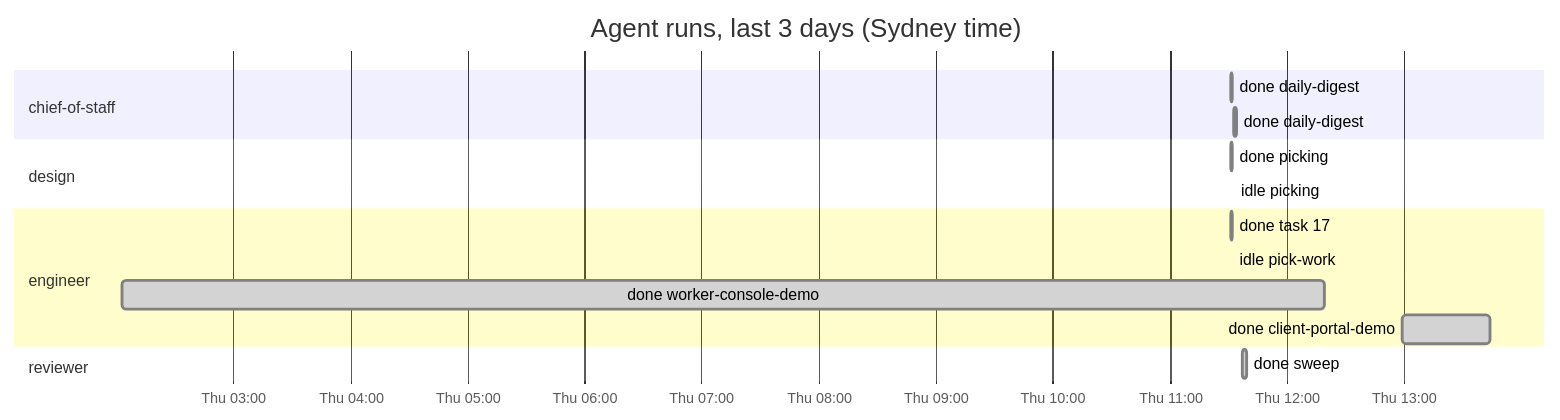
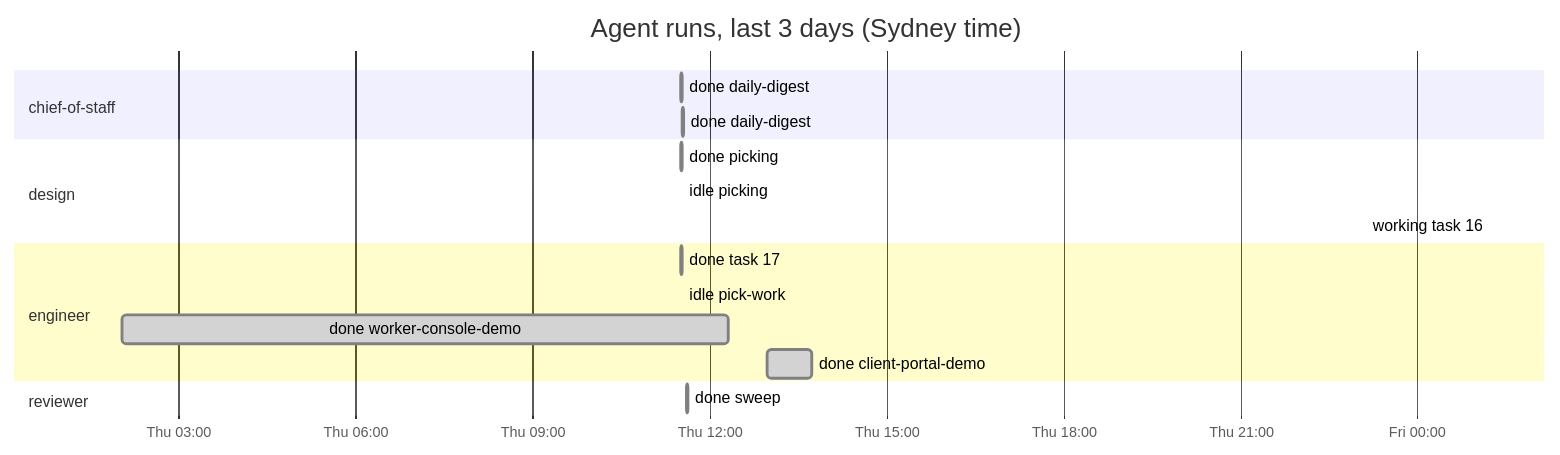
The diagram in dashboard.md (roulmediateam-byte/fifteen-expert-hq), drawn with Mermaid before and after one commit. The commit also changed other lines of this file and 1 other file, not shown here.

````diff
--- a/dashboard.md
+++ b/dashboard.md
@@ -33,19 +33,20 @@
 ```mermaid
 gantt
     title Agent runs, last 3 days (Sydney time)
     dateFormat YYYY-MM-DD HH:mm
     axisFormat %a %H:%M
     section chief-of-staff
     done daily-digest :done, 2026-11-05 11:31, 2026-11-05 11:32
     done daily-digest :done, 2026-11-05 11:33, 2026-11-05 11:34
     section design
     done picking :done, 2026-11-05 11:31, 2026-11-05 11:32
     idle picking :done, 2026-11-05 11:33, 2026-11-05 11:33
+    working task 16 :active, 2026-11-06 01:14, 2026-11-06 01:14
     section engineer
     done task 17 :done, 2026-11-05 11:31, 2026-11-05 11:32
     idle pick-work :done, 2026-11-05 11:32, 2026-11-05 11:32
     done worker-console-demo :done, 2026-11-05 02:03, 2026-11-05 12:19
     done client-portal-demo :done, 2026-11-05 12:59, 2026-11-05 13:44
     section reviewer
     done sweep :done, 2026-11-05 11:37, 2026-11-05 11:39
 ```
````
